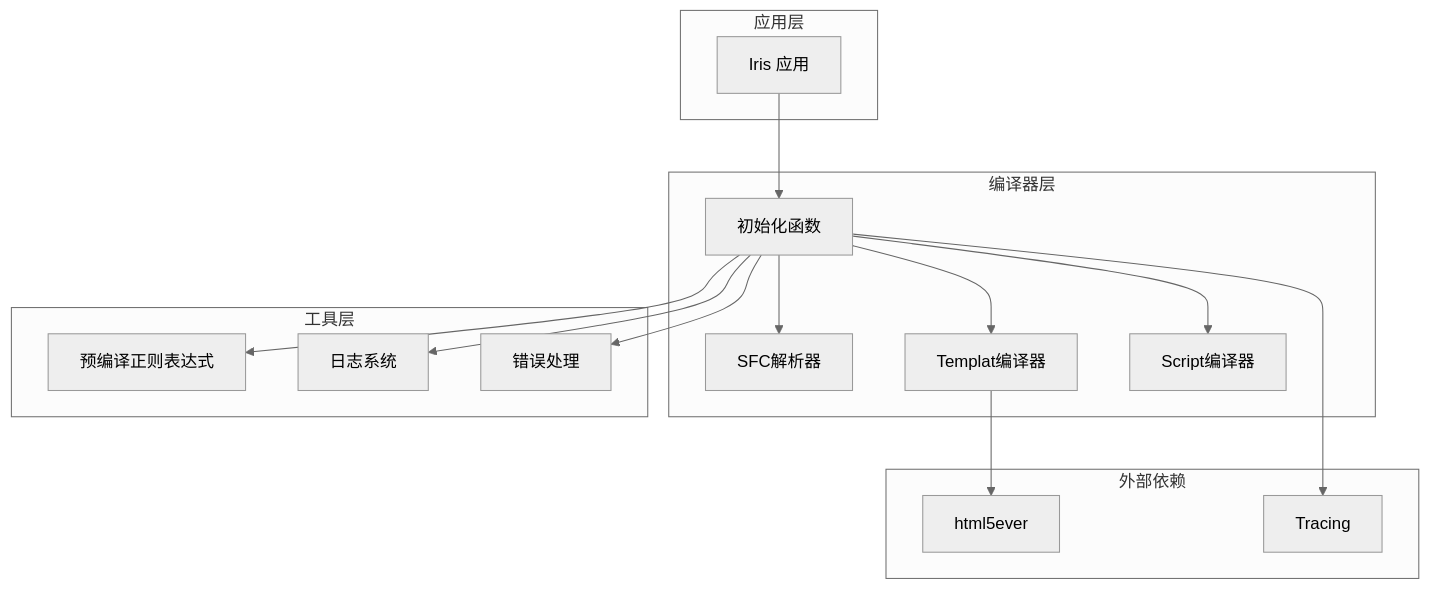
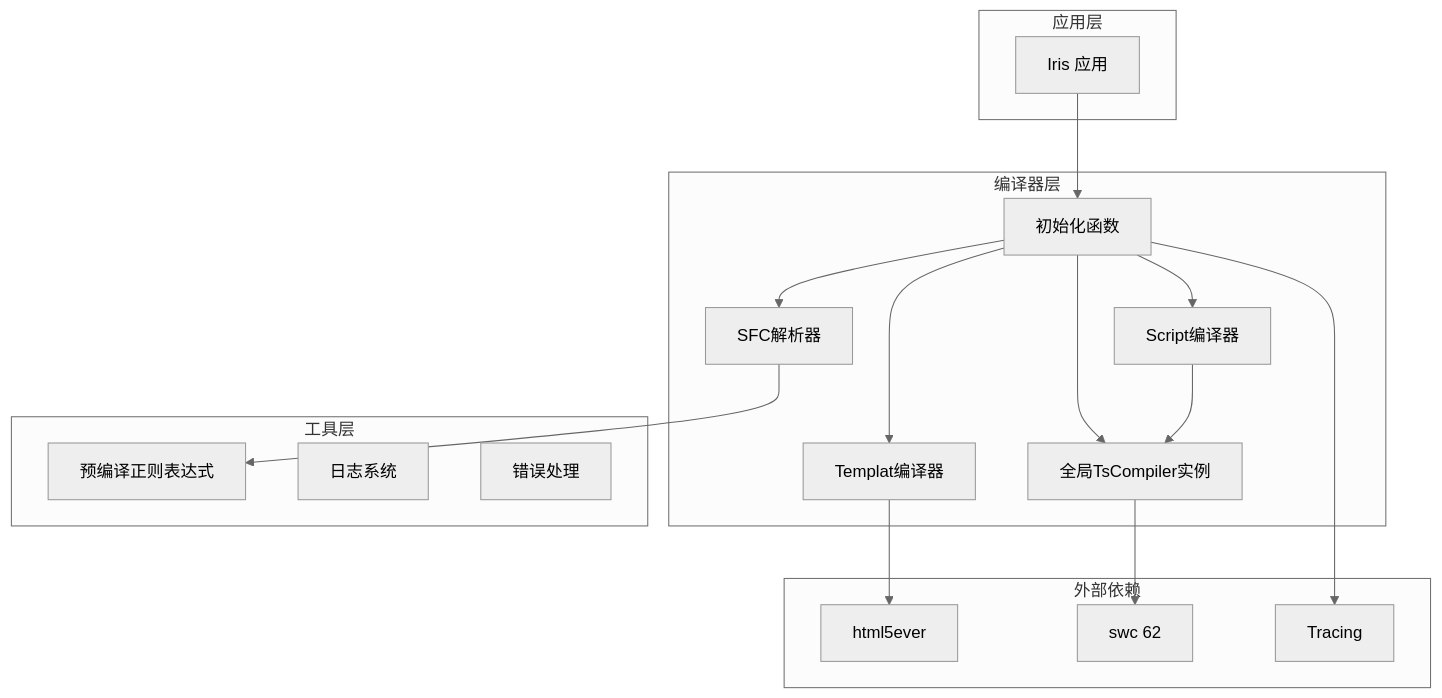
One commit to itszzl-sudo/iris changed the third of 15 diagrams in .qoder/repowiki/zh/content/技术架构详解/即时转译系统/SFC编译器初始化机制.md. Above: the diagram before and after it, drawn with Mermaid (neutral theme). The commit also changed other lines of this file and 6 other files, not shown here.

````diff
--- a/.qoder/repowiki/zh/content/技术架构详解/即时转译系统/SFC编译器初始化机制.md
+++ b/.qoder/repowiki/zh/content/技术架构详解/即时转译系统/SFC编译器初始化机制.md
@@ -126,30 +127,33 @@
 ```mermaid
 graph TB
 subgraph "应用层"
 App[Iris 应用]
 end
 subgraph "编译器层"
 Init[初始化函数]
 Parser[SFC解析器]
 Template[Templat编译器]
 Script[Script编译器]
+GlobalTsCompiler[全局TsCompiler实例]
 end
 subgraph "工具层"
 Regex[预编译正则表达式]
 Logger[日志系统]
 Error[错误处理]
 end
 subgraph "外部依赖"
 Html5ever[html5ever]
+Swc[swc 62]
 Tracing[Tracing]
 end
 App --> Init
 Init --> Parser
 Init --> Template
 Init --> Script
-Init --> Regex
-Init --> Logger
-Init --> Error
+Init --> GlobalTsCompiler
+Parser --> Regex
 Template --> Html5ever
+Script --> GlobalTsCompiler
+GlobalTsCompiler --> Swc
 Init --> Tracing
 ```
````
